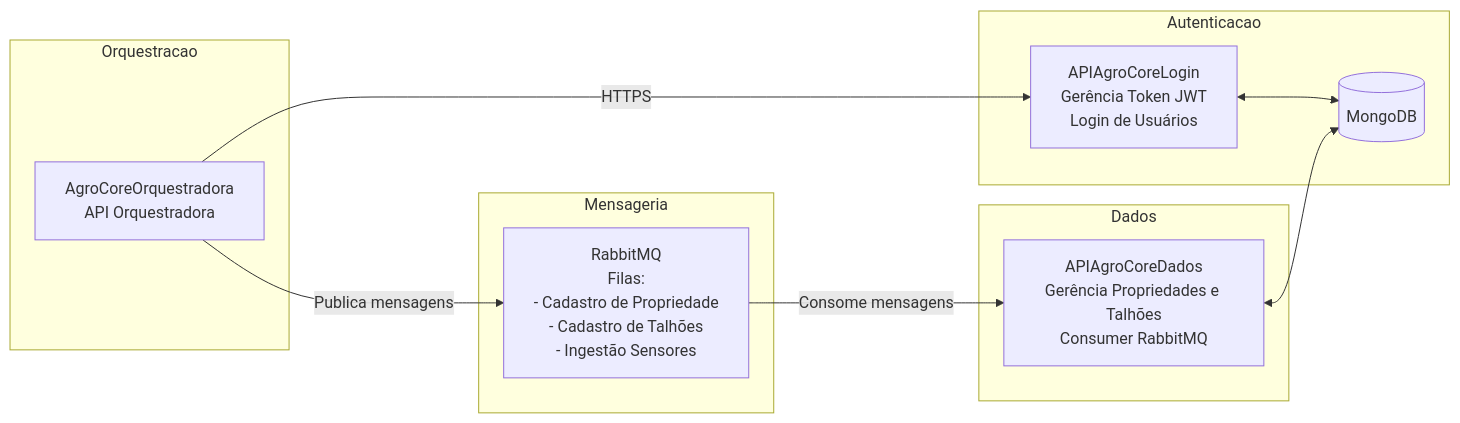
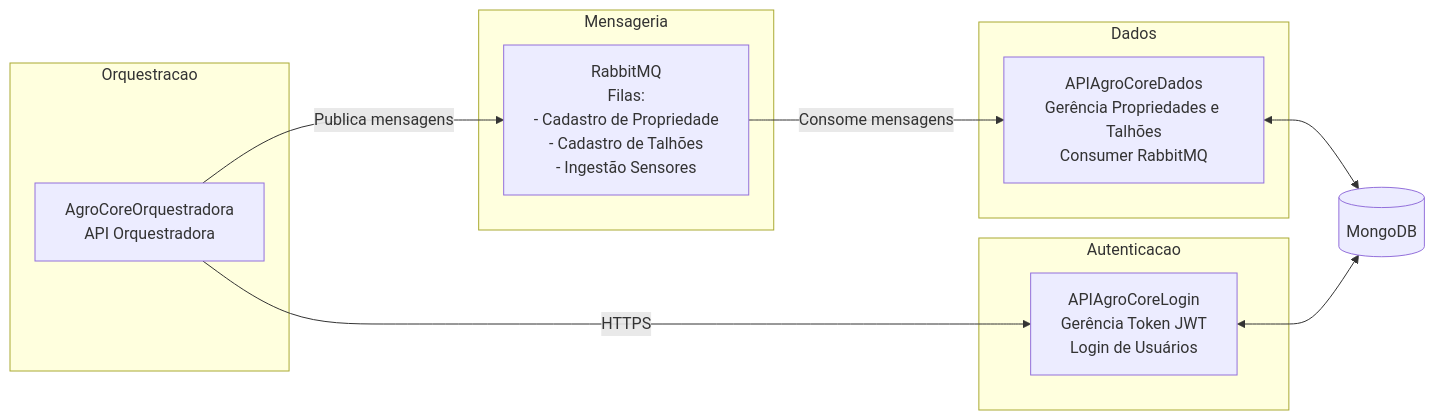
The first of 2 diagrams in README.md (Gustavo00-dev/AgroCore), drawn with Mermaid before and after one commit. The commit also changed other lines of this file, not shown here.

````diff
--- a/README.md
+++ b/README.md
@@ -6,27 +6,29 @@
 ```mermaid
 flowchart LR
 
     subgraph Orquestracao
         A["AgroCoreOrquestradora<br>API Orquestradora"]
     end
 
     subgraph Autenticacao
         B["APIAgroCoreLogin<br>Gerência Token JWT<br>Login de Usuários"]
-        C[(MongoDB)]
-        B <--> C
+       
     end
 
     subgraph Mensageria
         D["RabbitMQ<br>Filas:<br>- Cadastro de Propriedade<br>- Cadastro de Talhões<br>- Ingestão Sensores"]
     end
 
     subgraph Dados
         E["APIAgroCoreDados<br>Gerência Propriedades e Talhões<br>Consumer RabbitMQ"]
     end
 
+    C[(MongoDB)]
+
     A -->|HTTPS| B
     A -->|Publica mensagens| D
     D -->|Consome mensagens| E
     E <--> C
+    B <--> C
 
 ```
````
